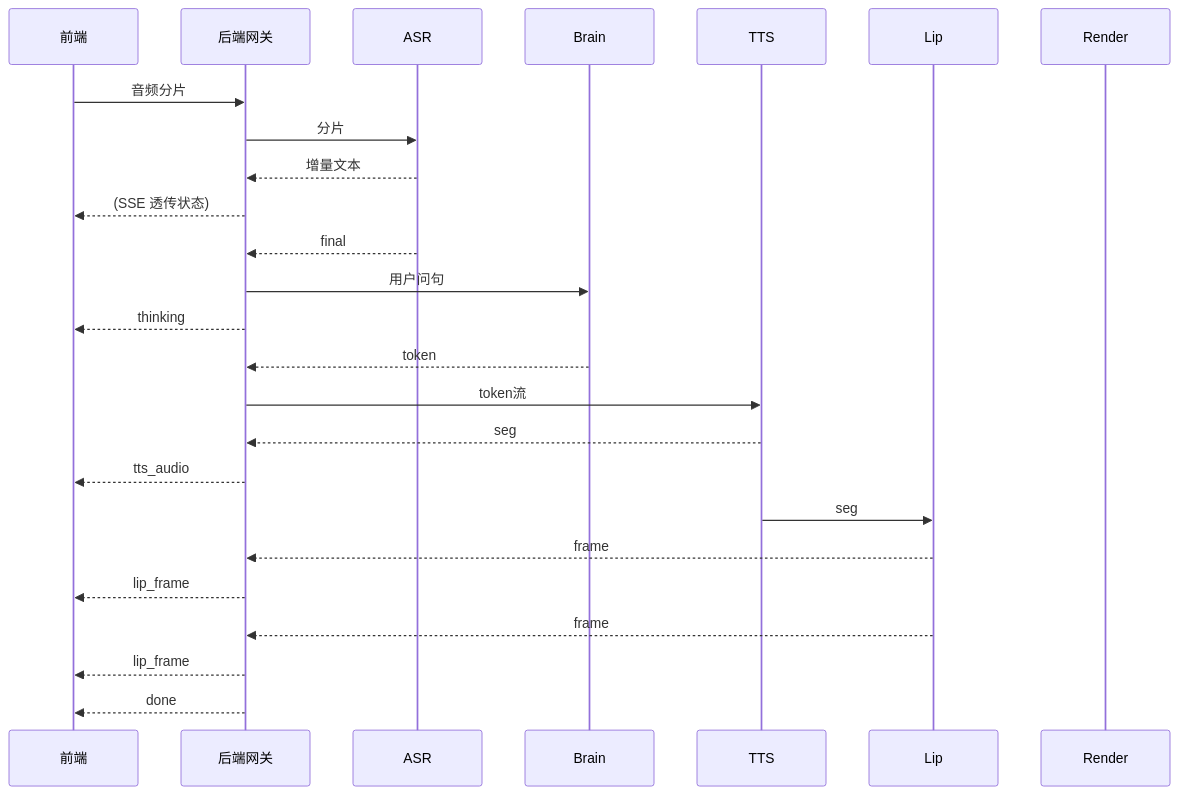
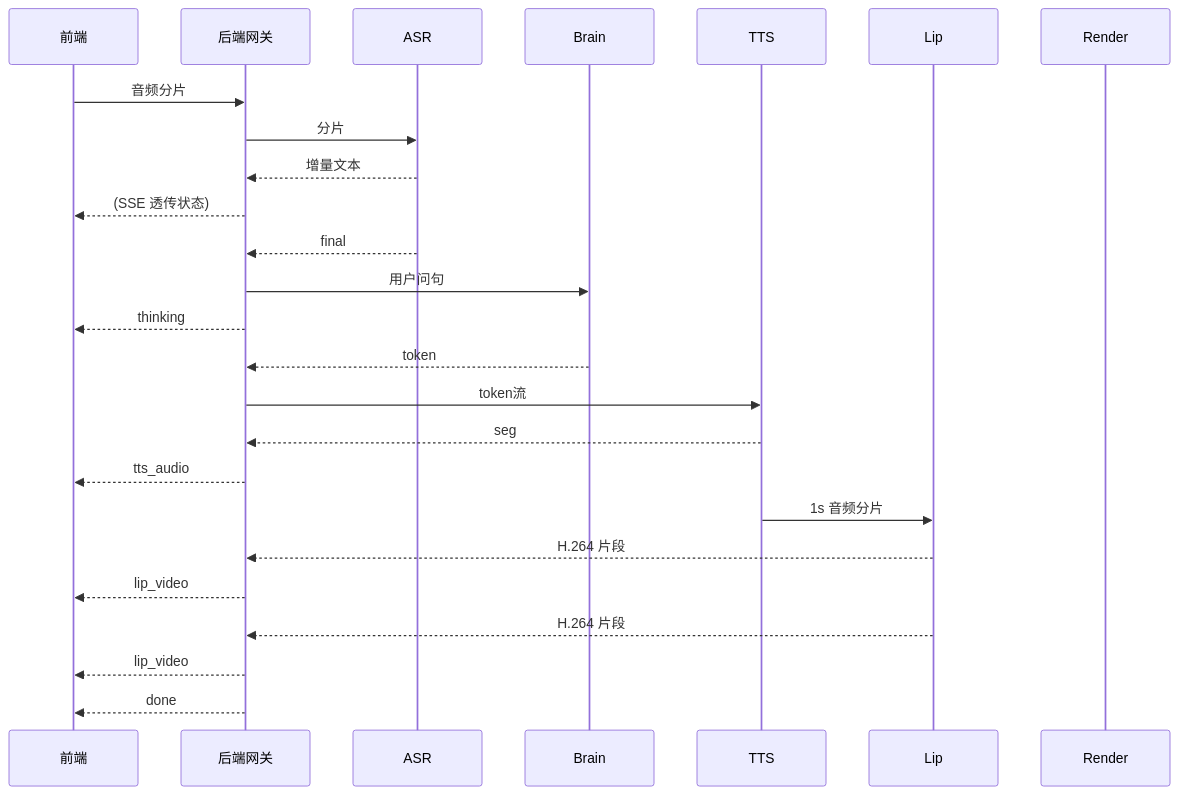
The second of 3 diagrams in docs/02-方案/DESIGN-打断时序与状态机转移表.md (199Kilig/enterprise-digital-human), drawn with Mermaid before and after one commit. The commit also changed other lines of this file and 2 other files, not shown here.

Commit message:
docs+chore: 对齐 SSE 事件名（lip_frame → lip_video）—— 修文档与代码不一致
问题：DESIGN 文档把 `lip_frame` 列为主链路事件，但代码实测发的是 `lip_video`。
查证全仓后确认三处事实：
- SPEC §2 明确定义了两个事件：`lip_video` = v1.2 默认；`lip_frame` = transport=frames
  兼容路径（原文「P1 原路径，仅 A/B 对照时启用」）
- ADR-005 第 5 条：「SSE 新增 `lip_video` 事件（替换 `lip_frame` 序列）」
- 代码 routes.py 发 lip_video（默认路径）与 lip_frame（兼容路径）；前端 client.ts 的
  KNOWN_EVENTS 两个都监听 —— 代码 / SPEC / 前端三者一致，是正确的

所以错的只有 DESIGN 文档的两处描述，以及一条过时注释：
1. DESIGN-实时交互链路架构.md §4.2 事件表：把 `lip_frame` 列为主事件、且缺 `brain_token`
   → 改为完整 7 行（thinking / brain_token / tts_audio / lip_video / lip_frame /
     interrupted / done·error），并标注 lip_video 为 v1.2 默认、lip_frame 仅供 A/B 对照
2. DESIGN-打断时序与状态机转移表.md：3 处时序图用 `lip_frame`，载荷写 `frame` / `seg`
   → 改为 lip_video / H.264 片段 / 1s 音频分片
3. routes.py 那条注释自称"SPEC §3.2 lip_frame 事件"，但它下方实际发的正是 lip_video
   → 改为 lip_video（ADR-005/006）

有意不动的两处：
- SPEC §2 中的 `lip_frame` 定义 —— 兼容路径，保留是设计意图
- RUNBOOK 中的 `lip_frame` —— 2026-09-14 的历史实测记录，按台账规则不改历史

验证：validate_docs PASS

````diff
--- a/docs/02-方案/DESIGN-打断时序与状态机转移表.md
+++ b/docs/02-方案/DESIGN-打断时序与状态机转移表.md
@@ -151,28 +151,28 @@
 ```mermaid
 sequenceDiagram
     participant FE as 前端
     participant GW as 后端网关
     participant ASR as ASR
     participant BR as Brain
     participant TTS as TTS
     participant Lip as Lip
     participant RN as Render
 
     FE->>GW: 音频分片
     GW->>ASR: 分片
     ASR-->>GW: 增量文本
     GW-->>FE: (SSE 透传状态)
     ASR-->>GW: final
     GW->>BR: 用户问句
     GW-->>FE: thinking
     BR-->>GW: token
     GW->>TTS: token流
     TTS-->>GW: seg
     GW-->>FE: tts_audio
-    TTS->>Lip: seg
-    Lip-->>GW: frame
-    GW-->>FE: lip_frame
-    Lip-->>GW: frame
-    GW-->>FE: lip_frame
+    TTS->>Lip: 1s 音频分片
+    Lip-->>GW: H.264 片段
+    GW-->>FE: lip_video
+    Lip-->>GW: H.264 片段
+    GW-->>FE: lip_video
     GW-->>FE: done
 ```
````
